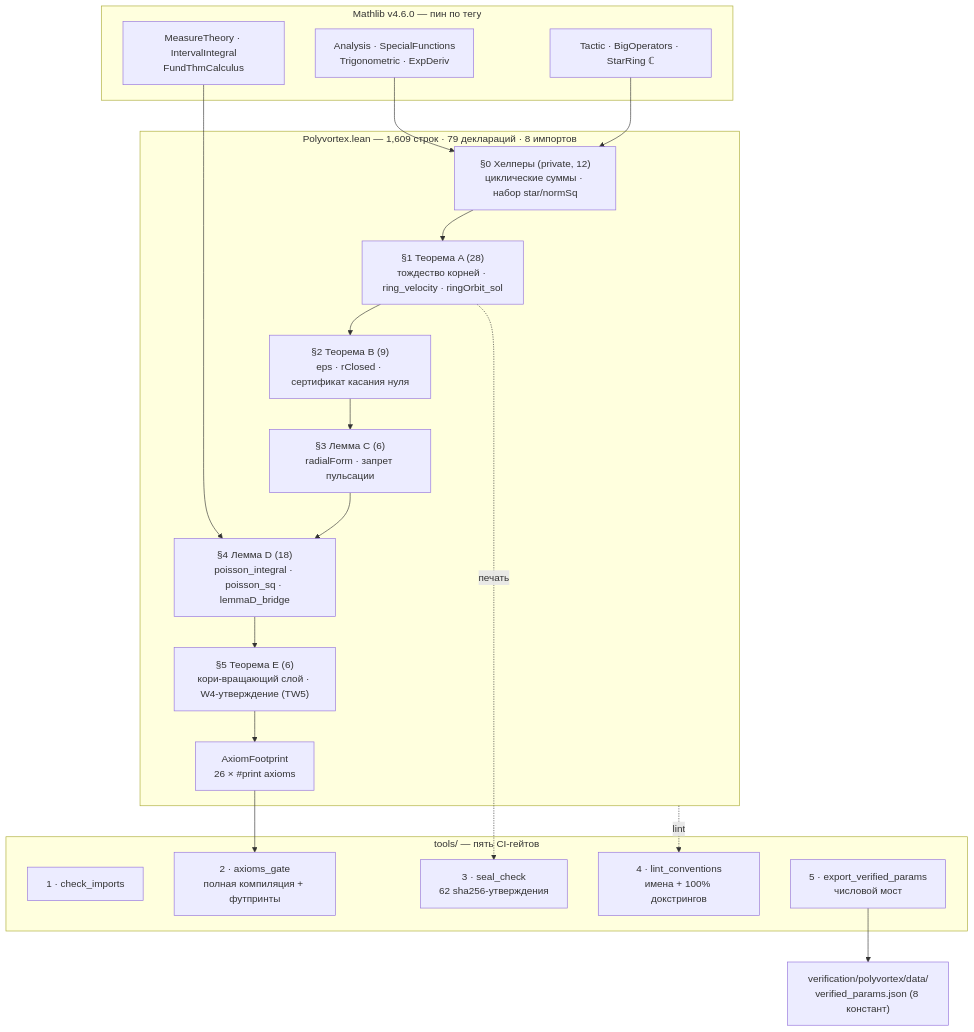
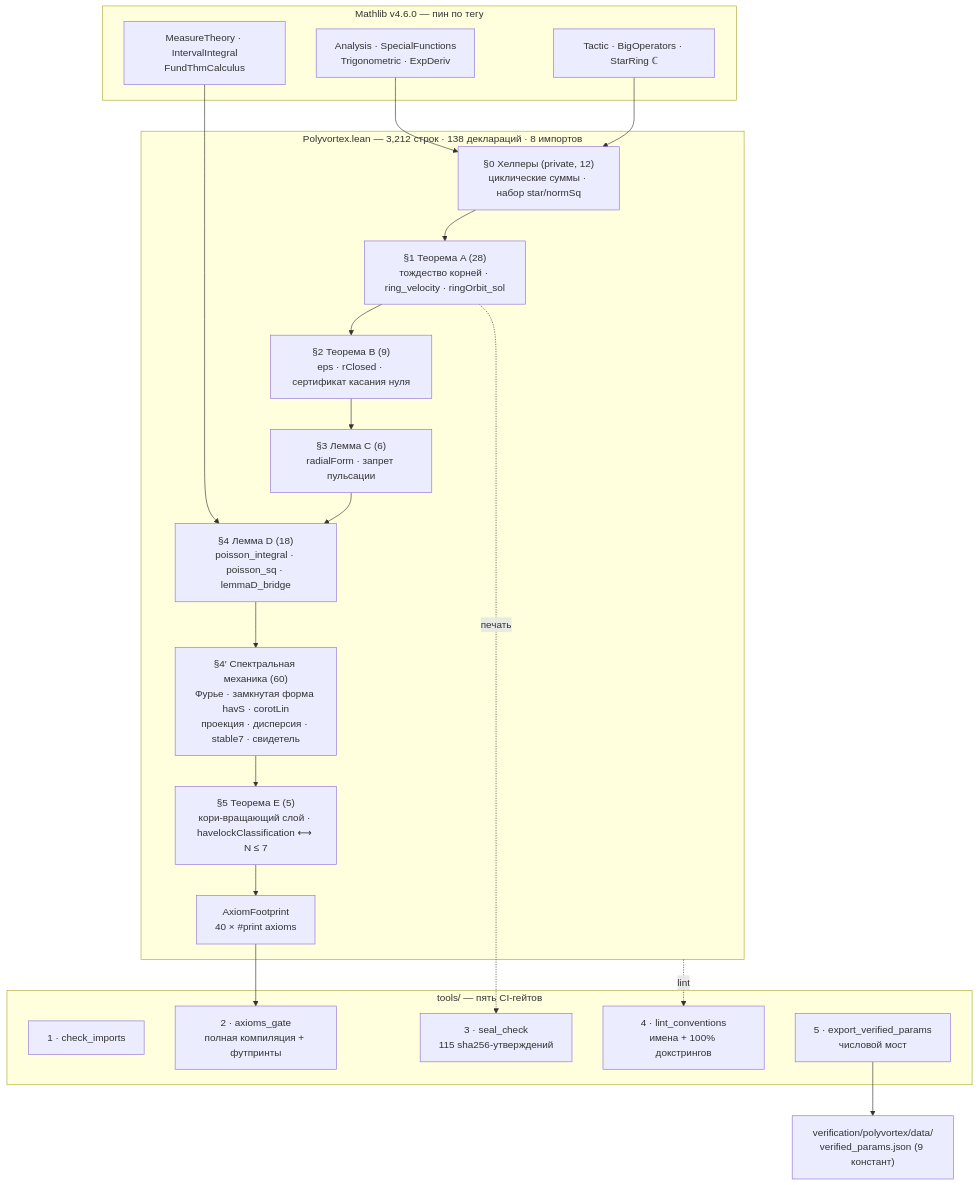
One commit to wild8highlander/Trivortex changed the first of 5 diagrams in polyvortex/polyvortex_lean4/README_RU.md. Above: the diagram before and after it, drawn with Mermaid. The commit also changed other lines of this file and 27 other files, not shown here.

````diff
--- a/polyvortex/polyvortex_lean4/README_RU.md
+++ b/polyvortex/polyvortex_lean4/README_RU.md
@@ -243,37 +287,38 @@
 ```mermaid
 flowchart TB
     subgraph ML["Mathlib v4.6.0 — пин по тегу"]
         M1["Analysis · SpecialFunctions<br/>Trigonometric · ExpDeriv"]
         M2["MeasureTheory · IntervalIntegral<br/>FundThmCalculus"]
         M3["Tactic · BigOperators · StarRing ℂ"]
     end
 
-    subgraph ART["Polyvortex.lean — 1,609 строк · 79 деклараций · 8 импортов"]
+    subgraph ART["Polyvortex.lean — 3,212 строк · 138 деклараций · 8 импортов"]
         S0["§0 Хелперы (private, 12)<br/>циклические суммы · набор star/normSq"]
         S1["§1 Теорема A (28)<br/>тождество корней · ring_velocity · ringOrbit_sol"]
         S2["§2 Теорема B (9)<br/>eps · rClosed · сертификат касания нуля"]
         S3["§3 Лемма C (6)<br/>radialForm · запрет пульсации"]
         S4["§4 Лемма D (18)<br/>poisson_integral · poisson_sq · lemmaD_bridge"]
-        S5["§5 Теорема E (6)<br/>кори-вращающий слой · W4-утверждение (TW5)"]
-        AX["AxiomFootprint<br/>26 × #print axioms"]
+        S4P["§4′ Спектральная механика (60)<br/>Фурье · замкнутая форма havS · corotLin<br/>проекция · дисперсия · stable7 · свидетель"]
+        S5["§5 Теорема E (5)<br/>кори-вращающий слой · havelockClassification ⟷ N ≤ 7"]
+        AX["AxiomFootprint<br/>40 × #print axioms"]
     end
 
     subgraph GATE["tools/ — пять CI-гейтов"]
         G1["1 · check_imports"]
         G2["2 · axioms_gate<br/>полная компиляция + футпринты"]
-        G3["3 · seal_check<br/>62 sha256-утверждения"]
+        G3["3 · seal_check<br/>115 sha256-утверждений"]
         G4["4 · lint_conventions<br/>имена + 100% докстрингов"]
         G5["5 · export_verified_params<br/>числовой мост"]
     end
 
-    BR["verification/polyvortex/data/<br/>verified_params.json (8 констант)"]
+    BR["verification/polyvortex/data/<br/>verified_params.json (9 констант)"]
 
     M1 --> S0
     M2 --> S4
     M3 --> S0
-    S0 --> S1 --> S2 --> S3 --> S4 --> S5 --> AX
+    S0 --> S1 --> S2 --> S3 --> S4 --> S4P --> S5 --> AX
     AX --> G2
     S1 -.печать.-> G3
     ART -.lint.-> G4
     G5 --> BR
 ```
````
